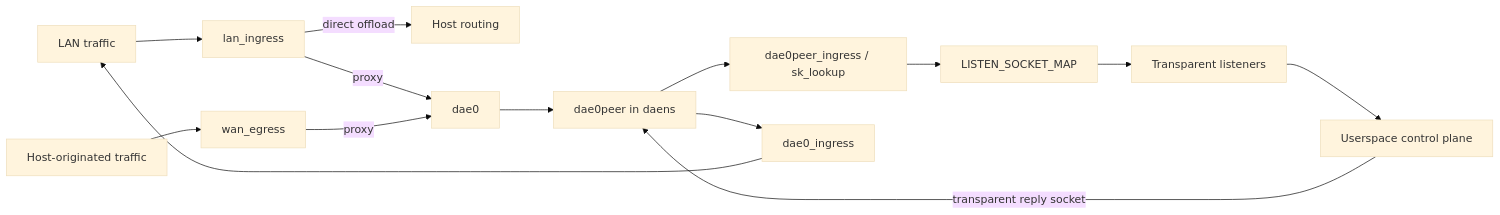
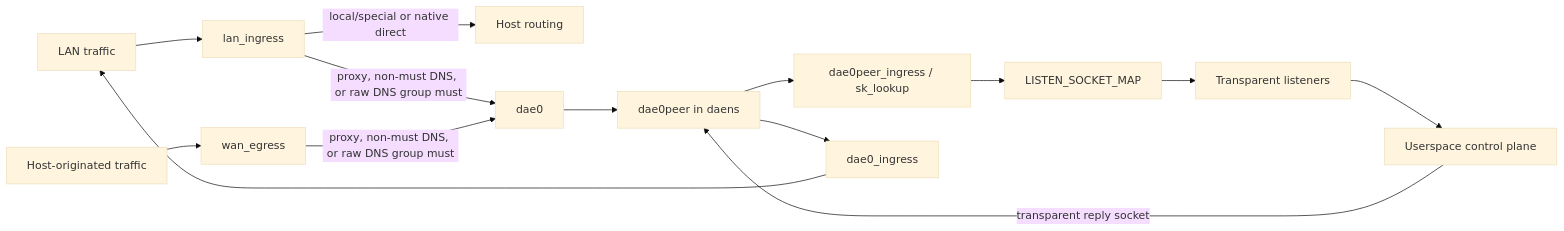
The diagram in doc/en/design/datapath.md (Glassyiris/honk), drawn with Mermaid (base theme) before and after one commit. The commit also changed other lines of this file and 71 other files, not shown here.

````diff
--- a/doc/en/design/datapath.md
+++ b/doc/en/design/datapath.md
@@ -9,16 +9,16 @@
 ```mermaid
 flowchart LR
   LAN[LAN traffic] --> LI[lan_ingress]
   LOCAL[Host-originated traffic] --> WE[wan_egress]
-  LI -->|direct offload| HOST[Host routing]
-  LI -->|proxy| DAE0[dae0]
-  WE -->|proxy| DAE0
+  LI -->|local/special or native direct| HOST[Host routing]
+  LI -->|proxy, non-must DNS, or raw DNS group must| DAE0[dae0]
+  WE -->|proxy, non-must DNS, or raw DNS group must| DAE0
   DAE0 --> PEER[dae0peer in daens]
   PEER --> ASSIGN[dae0peer_ingress / sk_lookup]
   ASSIGN --> SOCK[LISTEN_SOCKET_MAP]
   SOCK --> TPROXY[Transparent listeners]
   TPROXY --> USER[Userspace control plane]
   USER -->|transparent reply socket| PEER
   PEER --> DI[dae0_ingress]
   DI --> LAN
 ```
````
